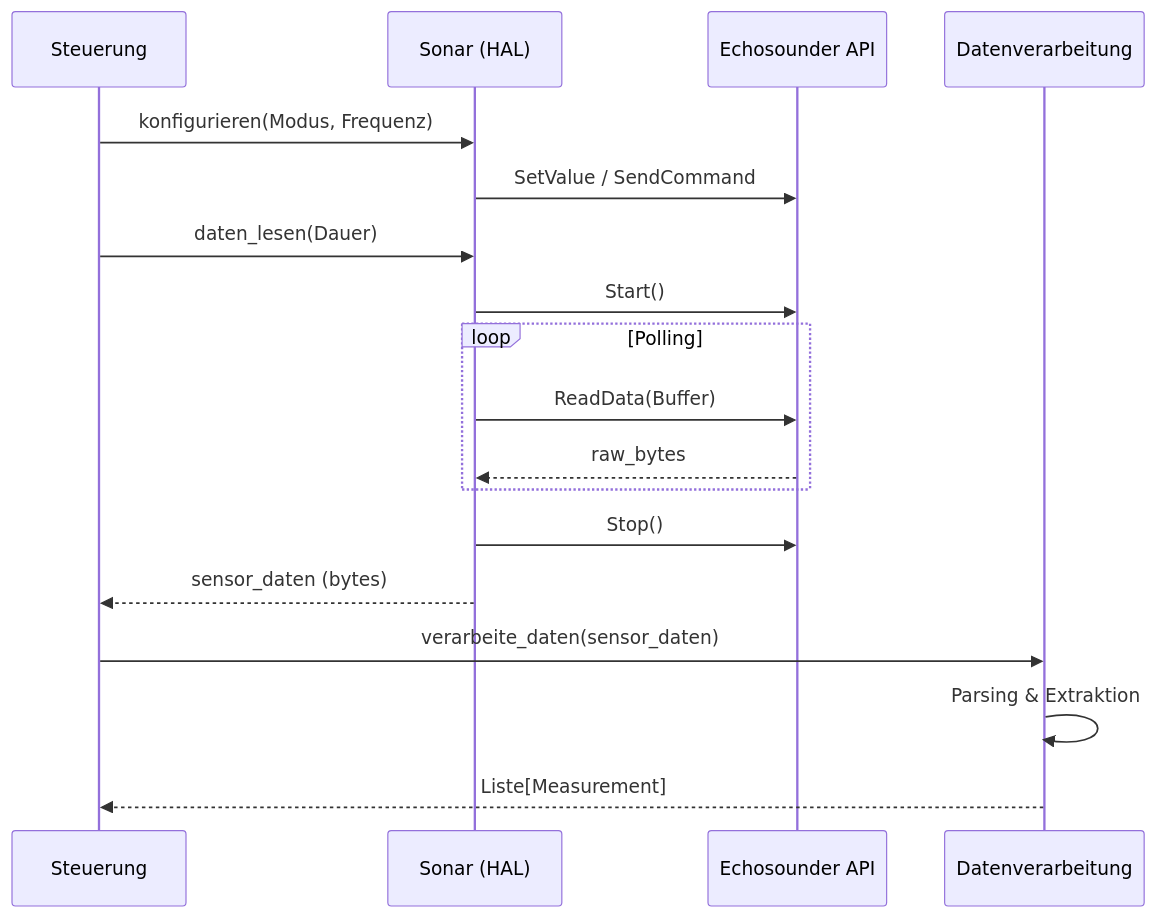
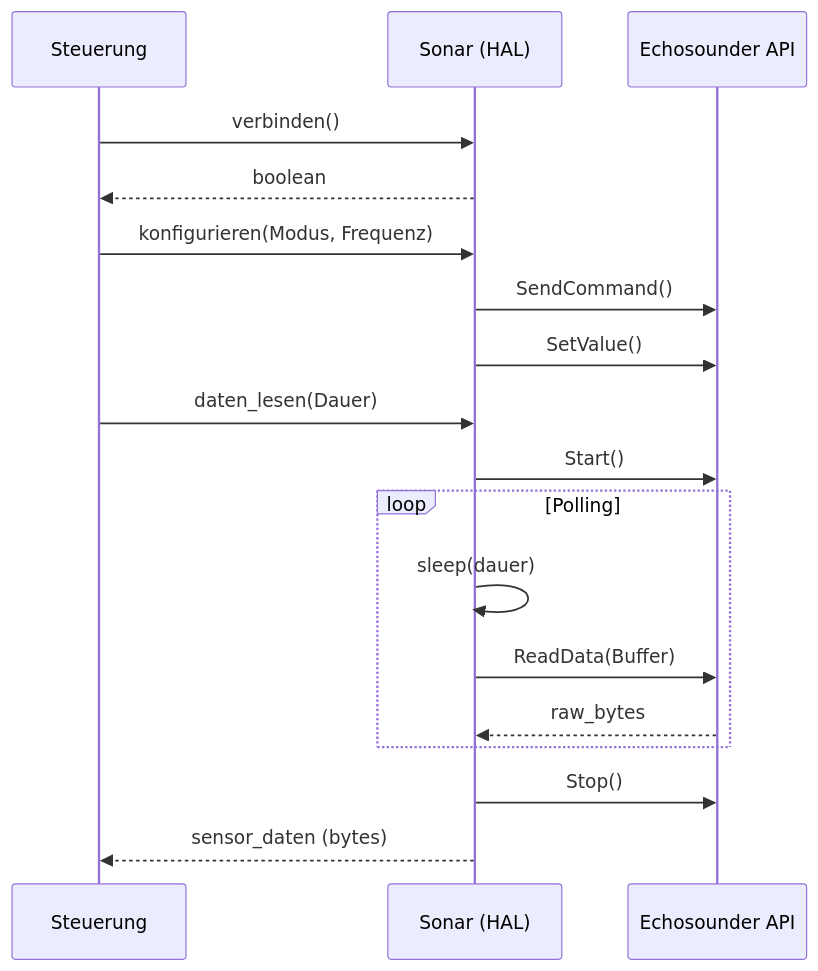
One commit to Ssaammyy36/sonar_mpa changed the diagram in uml/sonar_communication.md. Above: the diagram before and after it, drawn with Mermaid. The commit also changed 3 other files, not shown here.

Commit message:
sensor kommunikation uml

````diff
--- a/uml/sonar_communication.md
+++ b/uml/sonar_communication.md
@@ -1,26 +1,29 @@
 ```mermaid
+---
+config:
+  theme: mc
+---
 sequenceDiagram
     participant Ctrl as Steuerung
     participant Sonar as Sonar (HAL)
     participant Device as Echosounder API
-    participant DV as Datenverarbeitung
 
     %% 1. Konfiguration
+    Ctrl->>Sonar: verbinden()
+    Sonar-->>Ctrl: boolean
     Ctrl->>Sonar: konfigurieren(Modus, Frequenz)
-    Sonar->>Device: SetValue / SendCommand
-    
+    Sonar->>Device: SendCommand()
     %% 2. Datenerfassung
+    Sonar->>Device: SetValue()
     Ctrl->>Sonar: daten_lesen(Dauer)
     Sonar->>Device: Start()
     loop Polling
-        Sonar->>Device: ReadData(Buffer)
+      Sonar->>Sonar: sleep(dauer)
+      Sonar->>Device: ReadData(Buffer)
         Device-->>Sonar: raw_bytes
     end
     Sonar->>Device: Stop()
     Sonar-->>Ctrl: sensor_daten (bytes)
 
     %% 3. Verarbeitung
-    Ctrl->>DV: verarbeite_daten(sensor_daten)
-    DV->>DV: Parsing & Extraktion
-    DV-->>Ctrl: Liste[Measurement]
 ```
````
